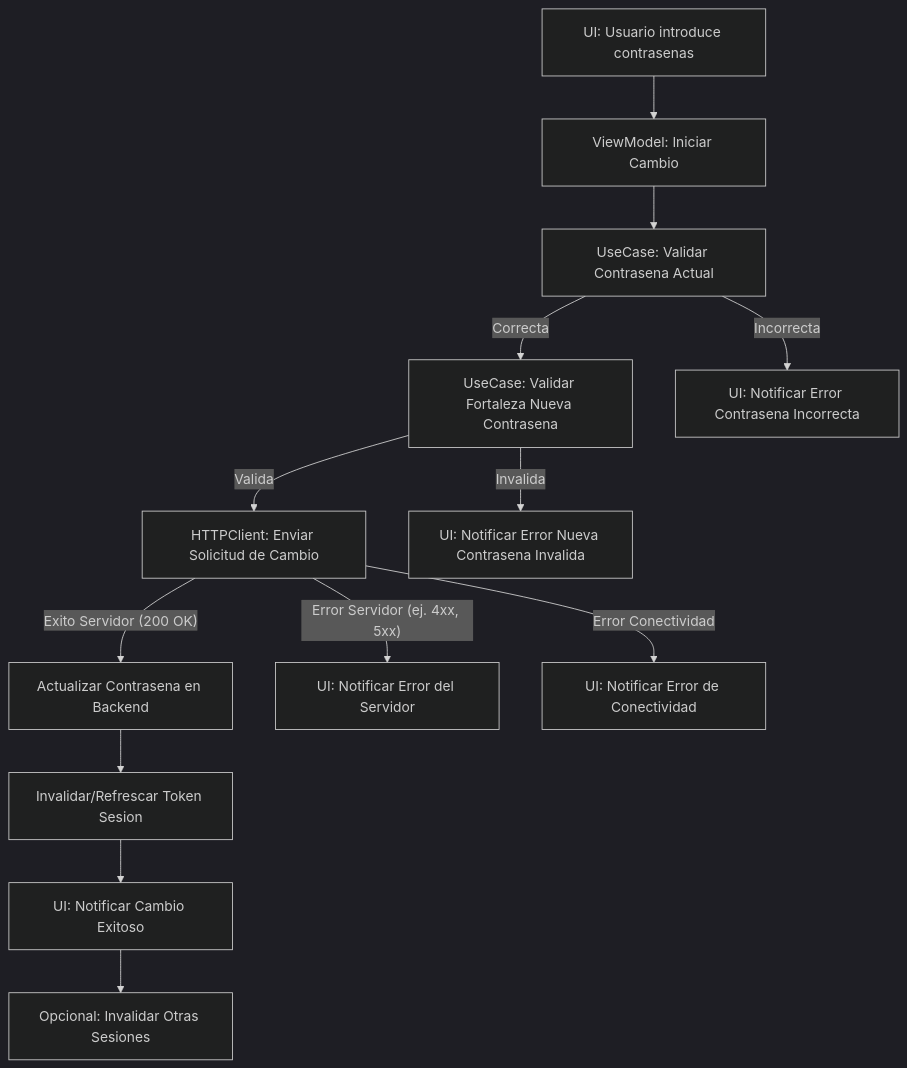
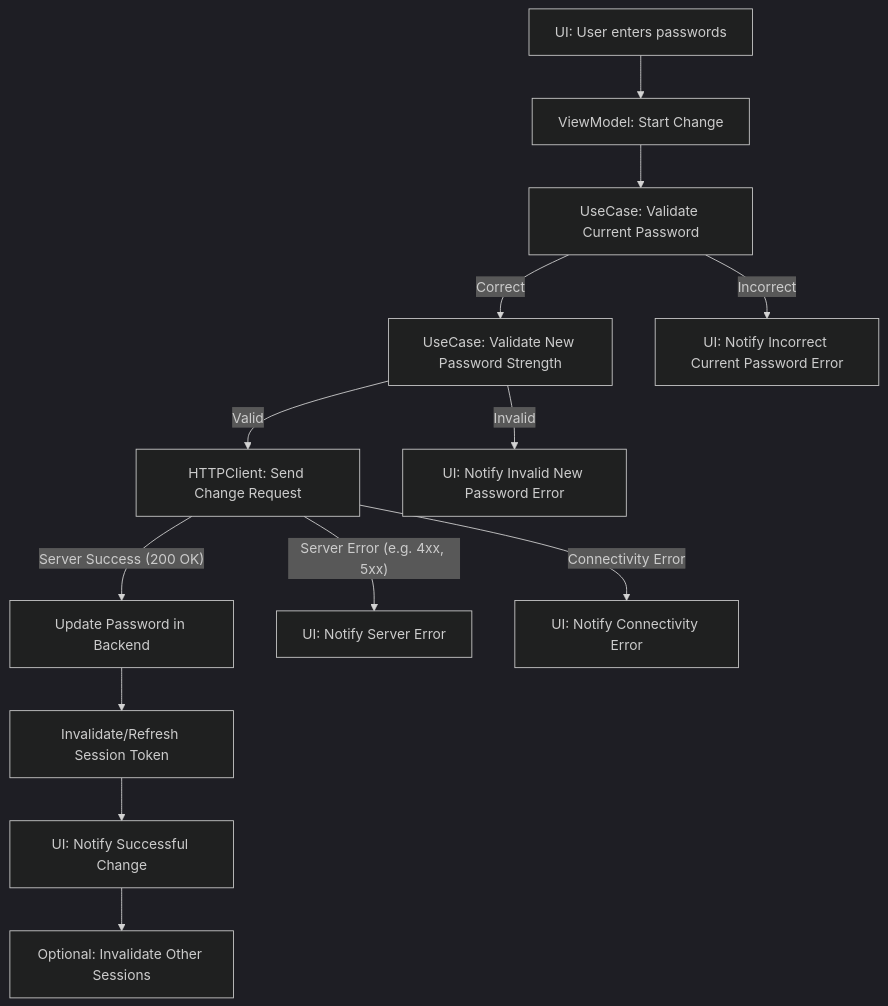
Before and after one commit to SwiftEnProfundidad/essential-feed-case-Auth: the eighth of 11 diagrams in docs/BDD-Security-Features.md, drawn with Mermaid (dark theme). The commit also changed other lines of this file, not shown here.

````diff
--- a/docs/BDD-Security-Features.md
+++ b/docs/BDD-Security-Features.md
@@ -832,15 +827,15 @@
 ```mermaid
 flowchart TD
-    A[UI: Usuario introduce contrasenas] --> B[ViewModel: Iniciar Cambio]
-    B --> C[UseCase: Validar Contrasena Actual]
-    C -- Correcta --> D[UseCase: Validar Fortaleza Nueva Contrasena]
-    C -- Incorrecta --> E[UI: Notificar Error Contrasena Incorrecta]
-    D -- Valida --> F[HTTPClient: Enviar Solicitud de Cambio]
-    D -- Invalida --> G[UI: Notificar Error Nueva Contrasena Invalida]
-    F -- Exito Servidor (200 OK) --> H[Actualizar Contrasena en Backend]
-    H --> I[Invalidar/Refrescar Token Sesion]
-    I --> J[UI: Notificar Cambio Exitoso]
-    J --> K[Opcional: Invalidar Otras Sesiones]
-    F -- Error Servidor (ej. 4xx, 5xx) --> L[UI: Notificar Error del Servidor]
-    F -- Error Conectividad --> M[UI: Notificar Error de Conectividad]
+    A[UI: User enters passwords] --> B[ViewModel: Start Change]
+    B --> C[UseCase: Validate Current Password]
+    C -- Correct --> D[UseCase: Validate New Password Strength]
+    C -- Incorrect --> E[UI: Notify Incorrect Current Password Error]
+    D -- Valid --> F[HTTPClient: Send Change Request]
+    D -- Invalid --> G[UI: Notify Invalid New Password Error]
+    F -- Server Success (200 OK) --> H[Update Password in Backend]
+    H --> I[Invalidate/Refresh Session Token]
+    I --> J[UI: Notify Successful Change]
+    J --> K[Optional: Invalidate Other Sessions]
+    F -- Server Error (e.g. 4xx, 5xx) --> L[UI: Notify Server Error]
+    F -- Connectivity Error --> M[UI: Notify Connectivity Error]
 ``` 
````
